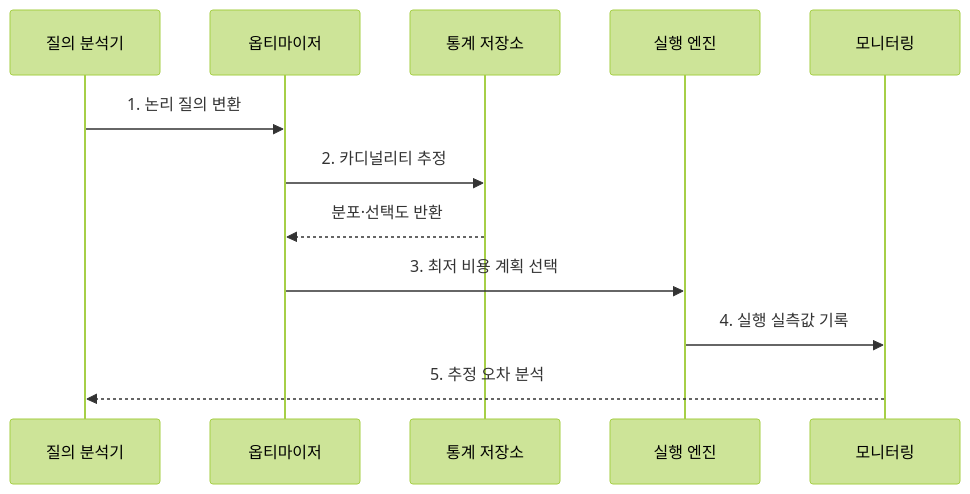
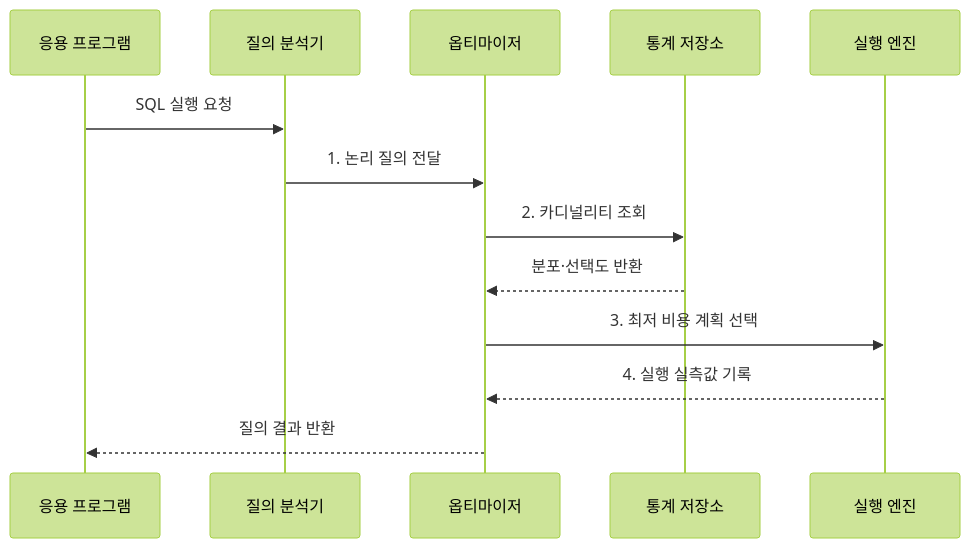
The second of 2 diagrams in src/content/docs/notes/03-software/095_query_execution_plan_optimization.md (agnusdei1207/knowledge-base), drawn with Mermaid (forest theme) before and after one commit. The commit also changed other lines of this file and 20 other files, not shown here.

````diff
--- a/src/content/docs/notes/03-software/095_query_execution_plan_optimization.md
+++ b/src/content/docs/notes/03-software/095_query_execution_plan_optimization.md
@@ -79,14 +92,15 @@
 ```mermaid
 sequenceDiagram
+    participant A as 응용 프로그램
     participant Q as 질의 분석기
     participant O as 옵티마이저
     participant S as 통계 저장소
     participant E as 실행 엔진
-    participant M as 모니터링
-    Q->>O: 1. 논리 질의 변환
-    O->>S: 2. 카디널리티 추정
+    A->>Q: SQL 실행 요청
+    Q->>O: 1. 논리 질의 전달
+    O->>S: 2. 카디널리티 조회
     S-->>O: 분포·선택도 반환
     O->>E: 3. 최저 비용 계획 선택
-    E->>M: 4. 실행 실측값 기록
-    M-->>Q: 5. 추정 오차 분석
+    E-->>O: 4. 실행 실측값 기록
+    O-->>A: 질의 결과 반환
 ```
````
